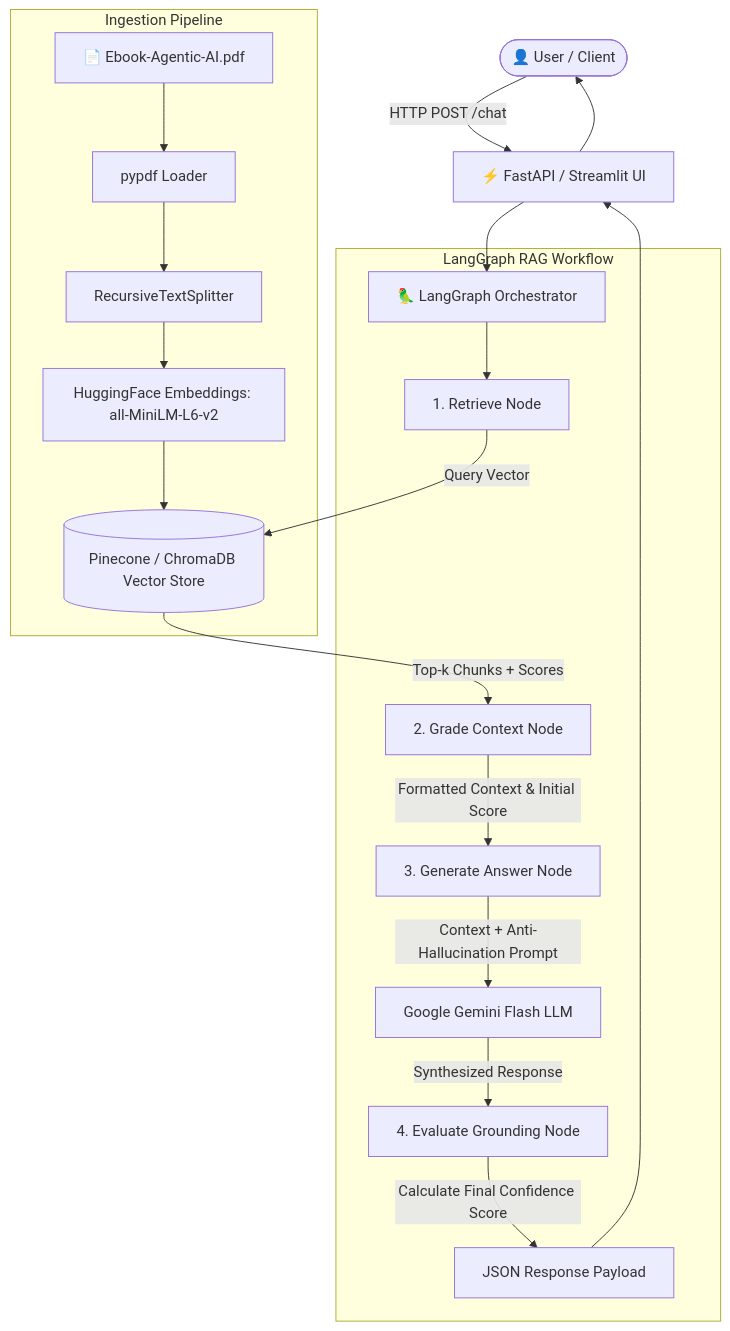
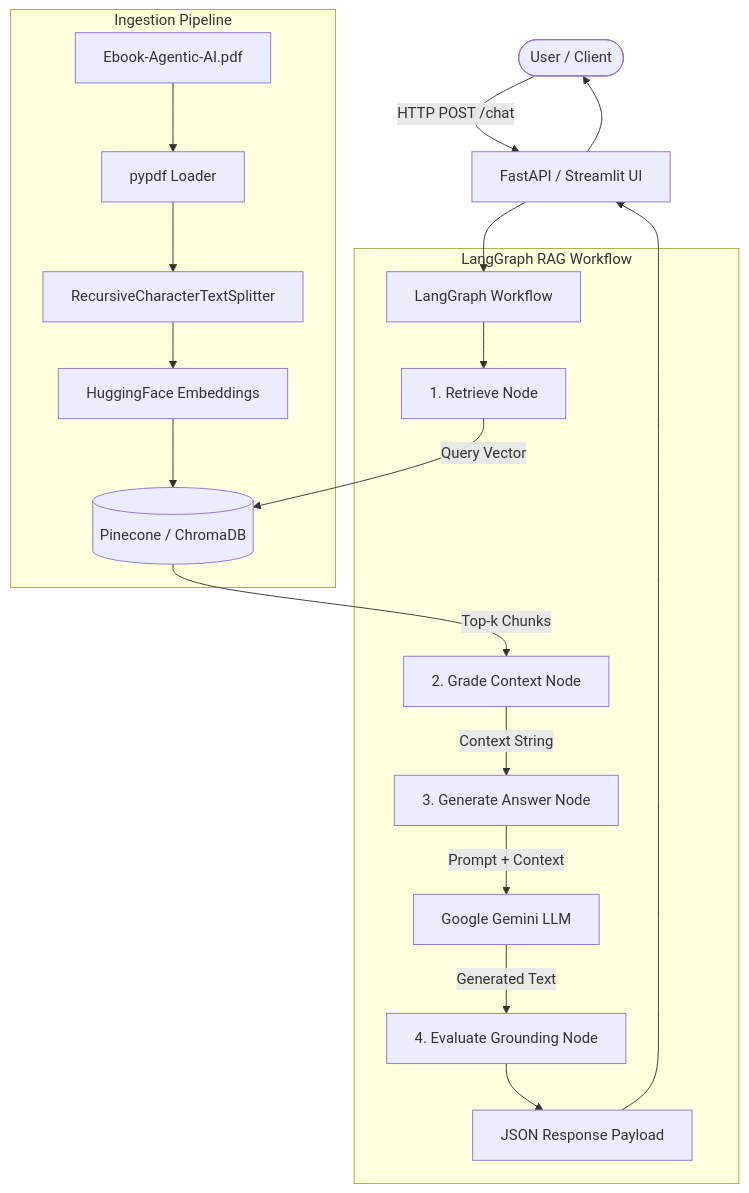
One commit to Nandunandu24/RagChatBot changed the diagram in README.md. Above: the diagram before and after it, drawn with Mermaid. The commit also changed other lines of this file and 3 other files, not shown here.

````diff
--- a/README.md
+++ b/README.md
@@ -26,25 +24,25 @@
 ```mermaid
 graph TD
-    User([👤 User / Client]) --> |HTTP POST /chat| API[⚡ FastAPI / Streamlit UI]
-    API --> LG[🦜 LangGraph Orchestrator]
+    User([User / Client]) --> |HTTP POST /chat| API[FastAPI / Streamlit UI]
+    API --> LG[LangGraph Workflow]
     
     subgraph Ingestion Pipeline
-        PDF[📄 Ebook-Agentic-AI.pdf] --> Loader[pypdf Loader]
-        Loader --> Splitter[RecursiveTextSplitter]
-        Splitter --> HF_Embed[HuggingFace Embeddings: all-MiniLM-L6-v2]
-        HF_Embed --> VDB[(Pinecone / ChromaDB Vector Store)]
+        PDF[Ebook-Agentic-AI.pdf] --> Loader[pypdf Loader]
+        Loader --> Splitter[RecursiveCharacterTextSplitter]
+        Splitter --> HF_Embed[HuggingFace Embeddings]
+        HF_Embed --> VDB[(Pinecone / ChromaDB)]
     end
     
     subgraph LangGraph RAG Workflow
         LG --> Node1[1. Retrieve Node]
         Node1 --> |Query Vector| VDB
-        VDB --> |Top-k Chunks + Scores| Node2[2. Grade Context Node]
-        Node2 --> |Formatted Context & Initial Score| Node3[3. Generate Answer Node]
-        Node3 --> |Context + Anti-Hallucination Prompt| Gemini[Google Gemini Flash LLM]
-        Gemini --> |Synthesized Response| Node4[4. Evaluate Grounding Node]
-        Node4 --> |Calculate Final Confidence Score| Output[JSON Response Payload]
+        VDB --> |Top-k Chunks| Node2[2. Grade Context Node]
+        Node2 --> |Context String| Node3[3. Generate Answer Node]
+        Node3 --> |Prompt + Context| Gemini[Google Gemini LLM]
+        Gemini --> |Generated Text| Node4[4. Evaluate Grounding Node]
+        Node4 --> Output[JSON Response Payload]
     end
     
     Output --> API
     API --> User
 ```
````
